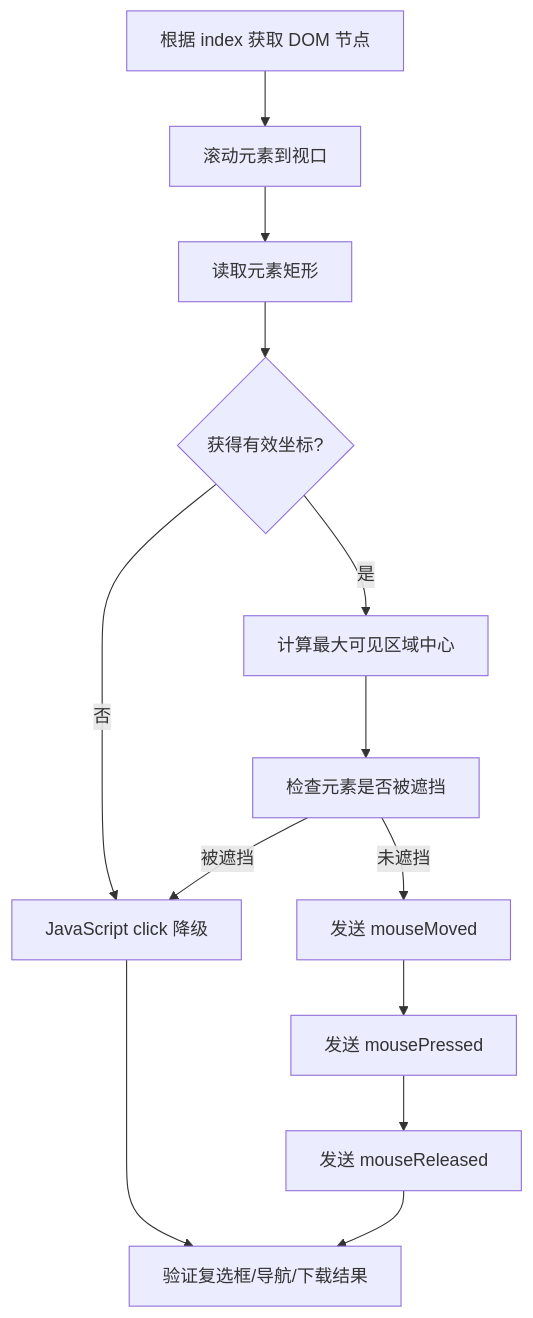
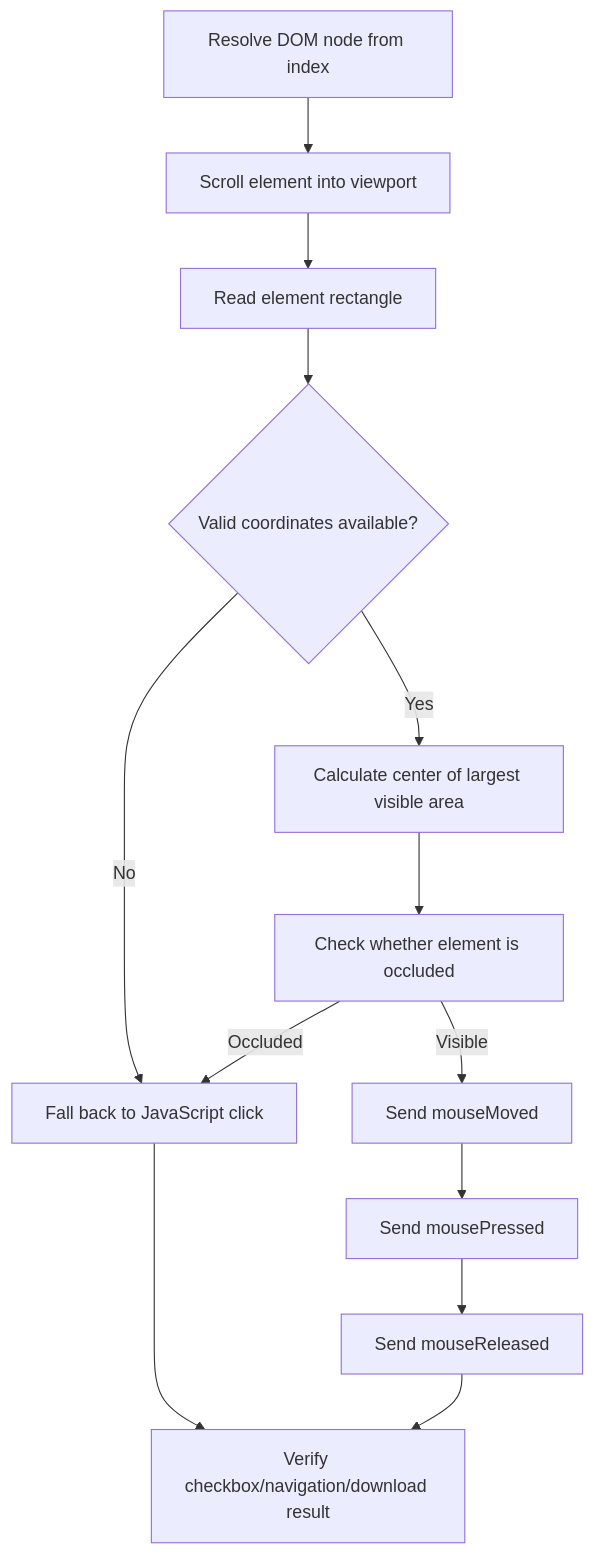
The second of 3 diagrams in docs/Browser_opereation_simulation.md (LHKong7/tabvis), drawn with Mermaid before and after one commit. The commit also changed other lines of this file and 26 other files, not shown here.

````diff
--- a/docs/Browser_opereation_simulation.md
+++ b/docs/Browser_opereation_simulation.md
@@ -300,15 +315,15 @@
 ```mermaid
 flowchart TD
-    A["根据 index 获取 DOM 节点"] --> B["滚动元素到视口"]
-    B --> C["读取元素矩形"]
-    C --> D{"获得有效坐标?"}
-    D -- "否" --> J["JavaScript click 降级"]
-    D -- "是" --> E["计算最大可见区域中心"]
-    E --> F["检查元素是否被遮挡"]
-    F -- "被遮挡" --> J
-    F -- "未遮挡" --> G["发送 mouseMoved"]
-    G --> H["发送 mousePressed"]
-    H --> I["发送 mouseReleased"]
-    I --> K["验证复选框/导航/下载结果"]
+    A["Resolve DOM node from index"] --> B["Scroll element into viewport"]
+    B --> C["Read element rectangle"]
+    C --> D{"Valid coordinates available?"}
+    D -- "No" --> J["Fall back to JavaScript click"]
+    D -- "Yes" --> E["Calculate center of largest visible area"]
+    E --> F["Check whether element is occluded"]
+    F -- "Occluded" --> J
+    F -- "Visible" --> G["Send mouseMoved"]
+    G --> H["Send mousePressed"]
+    H --> I["Send mouseReleased"]
+    I --> K["Verify checkbox/navigation/download result"]
     J --> K
 ```
````
